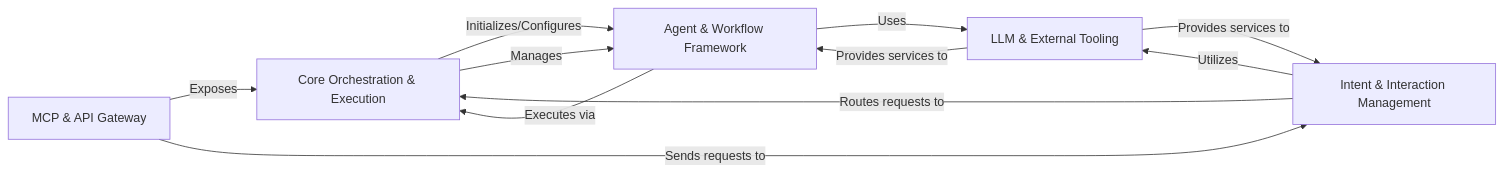
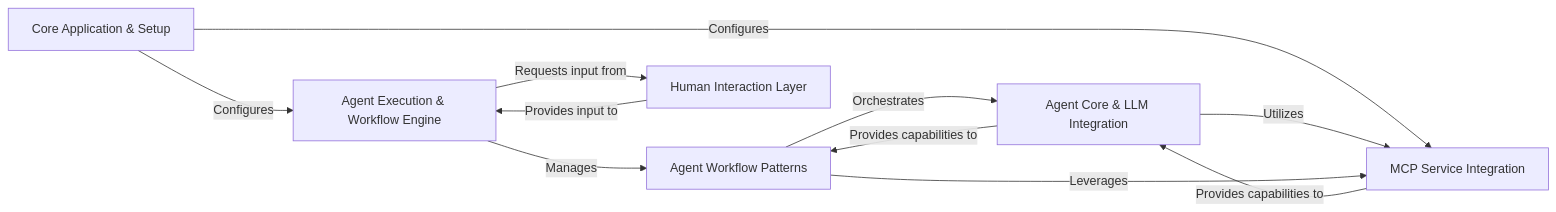
The diagram in mcp-agent/on_boarding.md (CodeBoarding/GeneratedOnBoardings), drawn with Mermaid before and after one commit. The commit also changed other lines of this file and 5 other files, not shown here.

Commit message:
Uploading onboarding materials for mcp-agent

````diff
--- a/mcp-agent/on_boarding.md
+++ b/mcp-agent/on_boarding.md
@@ -1,23 +1,19 @@
 ```mermaid
 graph LR
-    Core_Orchestration_Execution["Core Orchestration & Execution"]
-    Agent_Workflow_Framework["Agent & Workflow Framework"]
-    LLM_External_Tooling["LLM & External Tooling"]
-    MCP_API_Gateway["MCP & API Gateway"]
-    Intent_Interaction_Management["Intent & Interaction Management"]
-    Core_Orchestration_Execution -- "Initializes/Configures" --> Agent_Workflow_Framework
-    Core_Orchestration_Execution -- "Manages" --> Agent_Workflow_Framework
-    Agent_Workflow_Framework -- "Uses" --> LLM_External_Tooling
-    Agent_Workflow_Framework -- "Executes via" --> Core_Orchestration_Execution
-    LLM_External_Tooling -- "Provides services to" --> Agent_Workflow_Framework
-    LLM_External_Tooling -- "Provides services to" --> Intent_Interaction_Management
-    MCP_API_Gateway -- "Exposes" --> Core_Orchestration_Execution
-    MCP_API_Gateway -- "Sends requests to" --> Intent_Interaction_Management
-    Intent_Interaction_Management -- "Routes requests to" --> Core_Orchestration_Execution
-    Intent_Interaction_Management -- "Utilizes" --> LLM_External_Tooling
-    click Core_Orchestration_Execution href "https://github.com/CodeBoarding/GeneratedOnBoardings/blob/main/mcp-agent/Core_Orchestration_Execution.md" "Details"
-    click Agent_Workflow_Framework href "https://github.com/CodeBoarding/GeneratedOnBoardings/blob/main/mcp-agent/Agent_Workflow_Framework.md" "Details"
-    click LLM_External_Tooling href "https://github.com/CodeBoarding/GeneratedOnBoardings/blob/main/mcp-agent/LLM_External_Tooling.md" "Details"
-    click MCP_API_Gateway href "https://github.com/CodeBoarding/GeneratedOnBoardings/blob/main/mcp-agent/MCP_API_Gateway.md" "Details"
-    click Intent_Interaction_Management href "https://github.com/CodeBoarding/GeneratedOnBoardings/blob/main/mcp-agent/Intent_Interaction_Management.md" "Details"
+    Core_Application_Setup["Core Application & Setup"]
+    Agent_Execution_Workflow_Engine["Agent Execution & Workflow Engine"]
+    Agent_Core_LLM_Integration["Agent Core & LLM Integration"]
+    MCP_Service_Integration["MCP Service Integration"]
+    Agent_Workflow_Patterns["Agent Workflow Patterns"]
+    Human_Interaction_Layer["Human Interaction Layer"]
+    Core_Application_Setup -- "Configures" --> Agent_Execution_Workflow_Engine
+    Core_Application_Setup -- "Configures" --> MCP_Service_Integration
+    Agent_Execution_Workflow_Engine -- "Manages" --> Agent_Workflow_Patterns
+    Agent_Execution_Workflow_Engine -- "Requests input from" --> Human_Interaction_Layer
+    Agent_Core_LLM_Integration -- "Utilizes" --> MCP_Service_Integration
+    Agent_Core_LLM_Integration -- "Provides capabilities to" --> Agent_Workflow_Patterns
+    MCP_Service_Integration -- "Provides capabilities to" --> Agent_Core_LLM_Integration
+    Agent_Workflow_Patterns -- "Orchestrates" --> Agent_Core_LLM_Integration
+    Agent_Workflow_Patterns -- "Leverages" --> MCP_Service_Integration
+    Human_Interaction_Layer -- "Provides input to" --> Agent_Execution_Workflow_Engine
 ```
````
